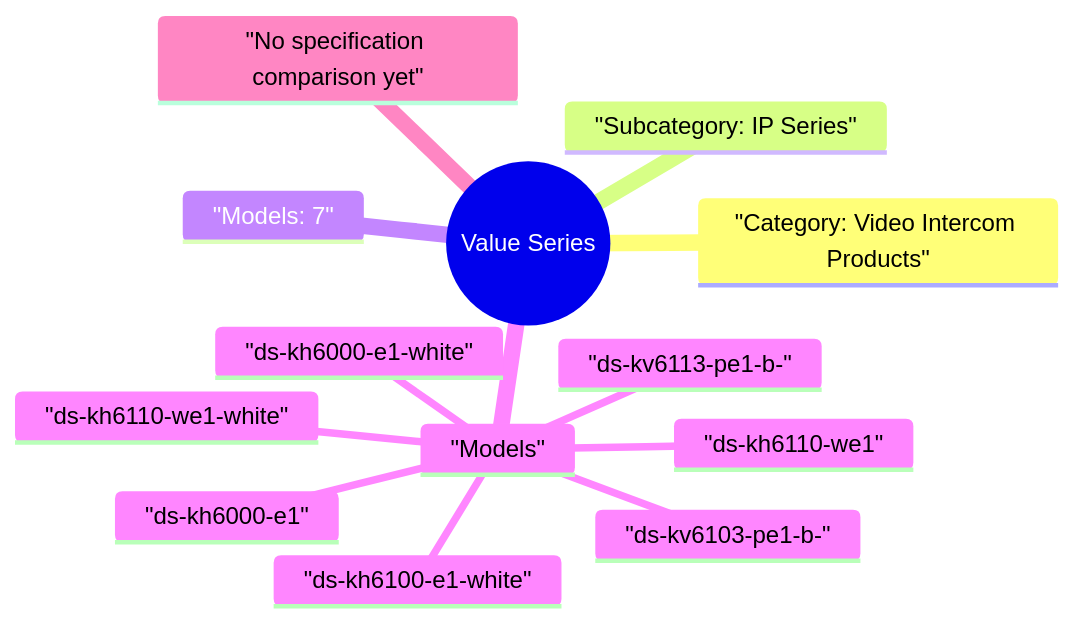
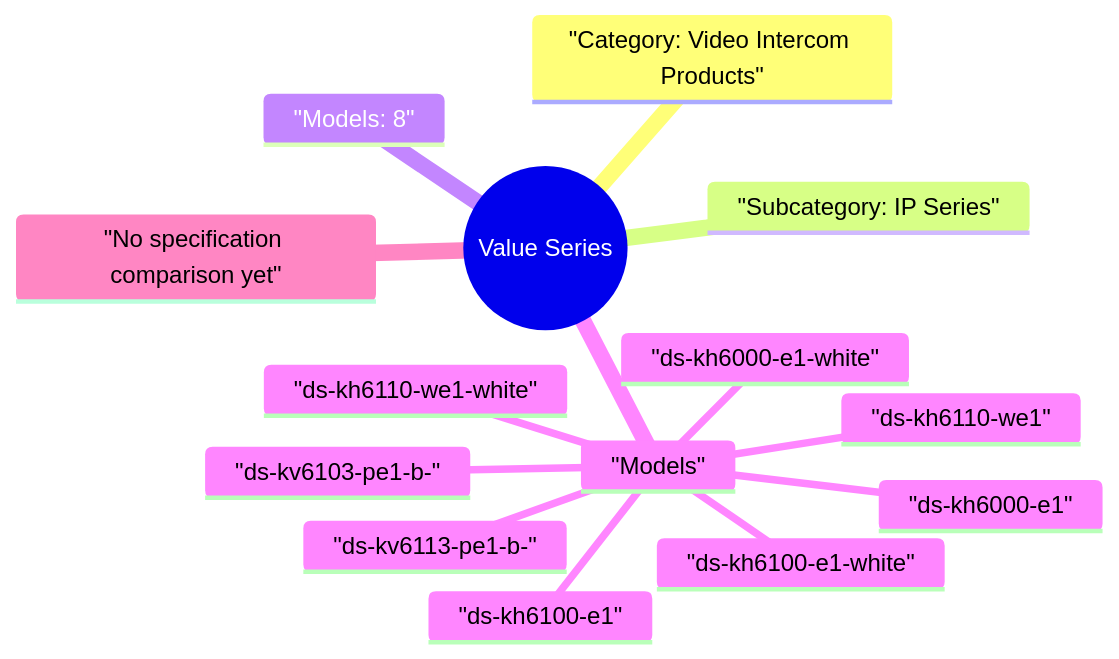
Before and after one commit to 123321step/hikvision-product-map: the diagram in site/mindmaps/en-video-intercom-products-ip-series-value-series.mmd, drawn with Mermaid. The commit also changed 136 other files, not shown here.

```diff
--- a/site/mindmaps/en-video-intercom-products-ip-series-value-series.mmd
+++ b/site/mindmaps/en-video-intercom-products-ip-series-value-series.mmd
@@ -1,14 +1,15 @@
 mindmap
   root(("Value Series"))
     "Category: Video Intercom Products"
     "Subcategory: IP Series"
-    "Models: 7"
+    "Models: 8"
     "Models"
       "ds-kh6000-e1"
       "ds-kh6000-e1-white"
+      "ds-kh6100-e1"
       "ds-kh6100-e1-white"
       "ds-kh6110-we1"
       "ds-kh6110-we1-white"
       "ds-kv6103-pe1-b-"
       "ds-kv6113-pe1-b-"
     "No specification comparison yet"
```
